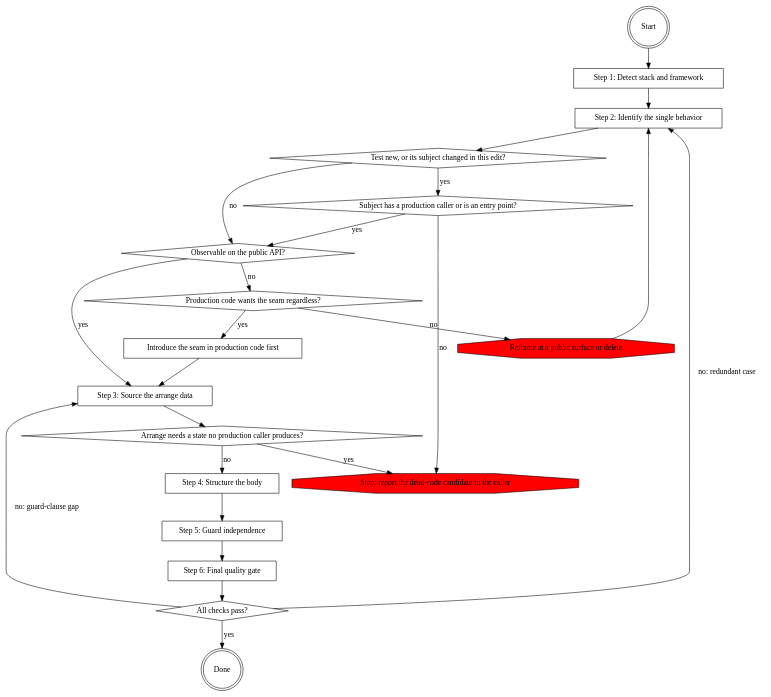
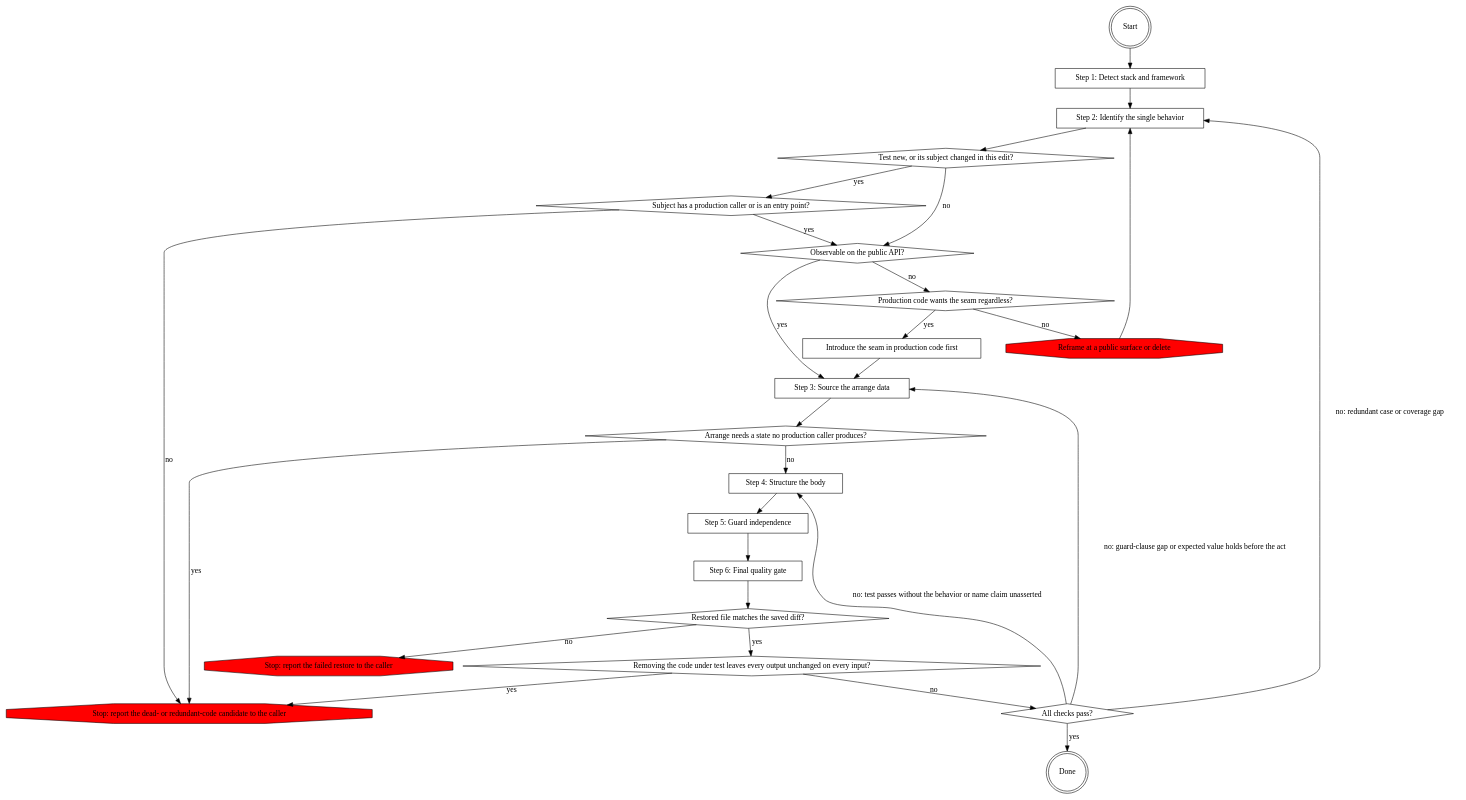
Before and after one commit to it-bens/ai-tools: the diagram in plugins/software-writer/skills/writing-tests/SKILL.md, drawn with Graphviz. The commit also changed other lines of this file and 30 other files, not shown here.

First line of the commit message:
feat(software-writer): add falsifiable-test checks, a BATS stack, and safe-input rules (#22)

````diff
--- a/plugins/software-writer/skills/writing-tests/SKILL.md
+++ b/plugins/software-writer/skills/writing-tests/SKILL.md
@@ -20,40 +20,48 @@
 ```dot
 digraph writing_tests {
     "Start" [shape=doublecircle];
     "Step 1: Detect stack and framework" [shape=box];
     "Step 2: Identify the single behavior" [shape=box];
     "Observable on the public API?" [shape=diamond];
     "Production code wants the seam regardless?" [shape=diamond];
     "Introduce the seam in production code first" [shape=box];
     "Reframe at a public surface or delete" [shape=octagon, style=filled, fillcolor=red];
     "Step 3: Source the arrange data" [shape=box];
     "Step 4: Structure the body" [shape=box];
     "Step 5: Guard independence" [shape=box];
     "Step 6: Final quality gate" [shape=box];
+    "Restored file matches the saved diff?" [shape=diamond];
+    "Stop: report the failed restore to the caller" [shape=octagon, style=filled, fillcolor=red];
+    "Removing the code under test leaves every output unchanged on every input?" [shape=diamond];
     "All checks pass?" [shape=diamond];
     "Subject has a production caller or is an entry point?" [shape=diamond];
     "Test new, or its subject changed in this edit?" [shape=diamond];
     "Arrange needs a state no production caller produces?" [shape=diamond];
-    "Stop: report the dead-code candidate to the caller" [shape=octagon, style=filled, fillcolor=red];
+    "Stop: report the dead- or redundant-code candidate to the caller" [shape=octagon, style=filled, fillcolor=red];
     "Done" [shape=doublecircle];
 
     "Start" -> "Step 1: Detect stack and framework" -> "Step 2: Identify the single behavior" -> "Test new, or its subject changed in this edit?";
     "Test new, or its subject changed in this edit?" -> "Subject has a production caller or is an entry point?" [label="yes"];
     "Test new, or its subject changed in this edit?" -> "Observable on the public API?" [label="no"];
     "Subject has a production caller or is an entry point?" -> "Observable on the public API?" [label="yes"];
-    "Subject has a production caller or is an entry point?" -> "Stop: report the dead-code candidate to the caller" [label="no"];
+    "Subject has a production caller or is an entry point?" -> "Stop: report the dead- or redundant-code candidate to the caller" [label="no"];
     "Observable on the public API?" -> "Step 3: Source the arrange data" [label="yes"];
     "Observable on the public API?" -> "Production code wants the seam regardless?" [label="no"];
     "Production code wants the seam regardless?" -> "Introduce the seam in production code first" [label="yes"];
     "Production code wants the seam regardless?" -> "Reframe at a public surface or delete" [label="no"];
     "Introduce the seam in production code first" -> "Step 3: Source the arrange data";
     "Reframe at a public surface or delete" -> "Step 2: Identify the single behavior";
     "Step 3: Source the arrange data" -> "Arrange needs a state no production caller produces?";
     "Arrange needs a state no production caller produces?" -> "Step 4: Structure the body" [label="no"];
-    "Arrange needs a state no production caller produces?" -> "Stop: report the dead-code candidate to the caller" [label="yes"];
-    "Step 4: Structure the body" -> "Step 5: Guard independence" -> "Step 6: Final quality gate" -> "All checks pass?";
+    "Arrange needs a state no production caller produces?" -> "Stop: report the dead- or redundant-code candidate to the caller" [label="yes"];
+    "Step 4: Structure the body" -> "Step 5: Guard independence" -> "Step 6: Final quality gate" -> "Restored file matches the saved diff?";
+    "Restored file matches the saved diff?" -> "Stop: report the failed restore to the caller" [label="no"];
+    "Restored file matches the saved diff?" -> "Removing the code under test leaves every output unchanged on every input?" [label="yes"];
+    "Removing the code under test leaves every output unchanged on every input?" -> "Stop: report the dead- or redundant-code candidate to the caller" [label="yes"];
+    "Removing the code under test leaves every output unchanged on every input?" -> "All checks pass?" [label="no"];
     "All checks pass?" -> "Done" [label="yes"];
-    "All checks pass?" -> "Step 2: Identify the single behavior" [label="no: redundant case"];
-    "All checks pass?" -> "Step 3: Source the arrange data" [label="no: guard-clause gap"];
+    "All checks pass?" -> "Step 2: Identify the single behavior" [label="no: redundant case or coverage gap"];
+    "All checks pass?" -> "Step 3: Source the arrange data" [label="no: guard-clause gap or expected value holds before the act"];
+    "All checks pass?" -> "Step 4: Structure the body" [label="no: test passes without the behavior or name claim unasserted"];
 }
 ```
````
